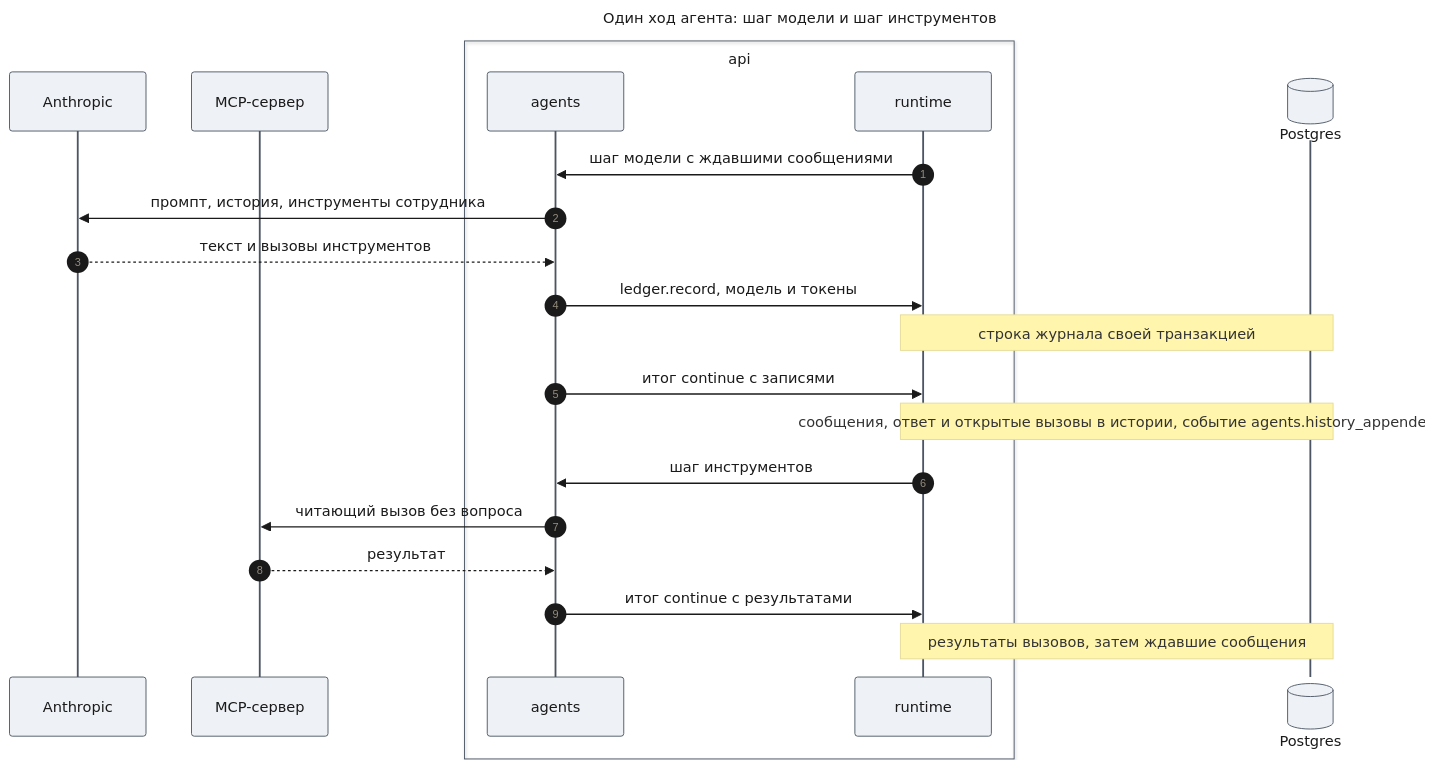
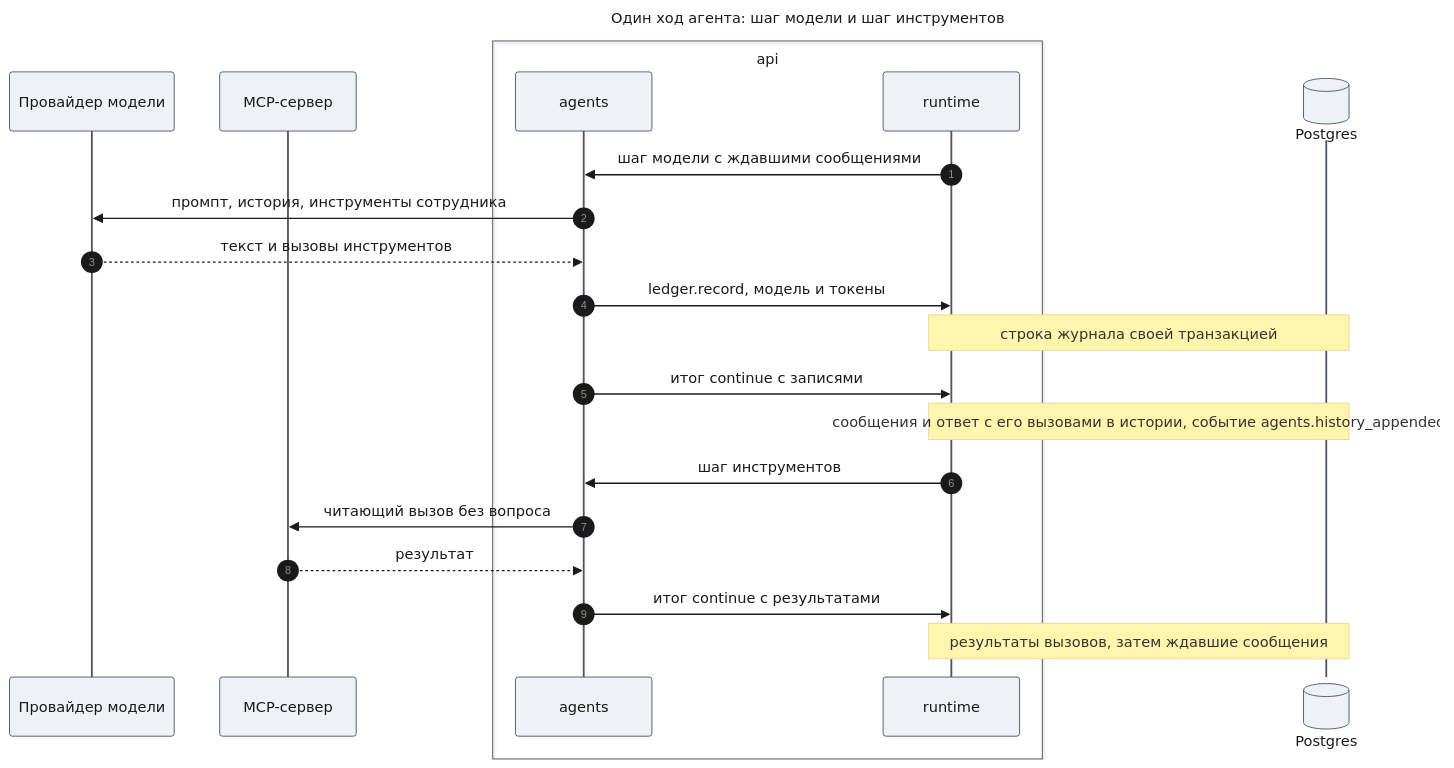
Before and after one commit to tundraray/agent-os: the fourth of 12 diagrams in docs/features/agent-platform/design-agents.md, drawn with Mermaid. The commit also changed other lines of this file and 420 other files, not shown here.

````diff
--- a/docs/features/agent-platform/design-agents.md
+++ b/docs/features/agent-platform/design-agents.md
@@ -328,46 +331,46 @@
 ```mermaid
 ---
 title: "Один ход агента: шаг модели и шаг инструментов"
 config:
   theme: base
   look: classic
   themeVariables:
     primaryColor: "#eef1f5"
     primaryBorderColor: "#4b5563"
     primaryTextColor: "#1a1a1a"
     lineColor: "#6b7280"
   themeCSS: |
     @keyframes lit_ga1{0%,10%{stroke:#991b1b;stroke-width:6px}11.11%,100%{stroke:#37474f;stroke-width:2px}}
     @keyframes litr_ga1{0%,10%{stroke:#1d4ed8;stroke-width:6px}11.11%,100%{stroke:#37474f;stroke-width:2px}}
     .messageLine0[data-id='i1'],.messageLine1[data-id='i1']{animation:litr_ga1 10.8s linear 0s infinite}
     .messageLine0[data-id='i2'],.messageLine1[data-id='i2']{animation:lit_ga1 10.8s linear 1.2s infinite}
     .messageLine0[data-id='i3'],.messageLine1[data-id='i3']{animation:litr_ga1 10.8s linear 2.4s infinite}
     .messageLine0[data-id='i4'],.messageLine1[data-id='i4']{animation:lit_ga1 10.8s linear 3.6s infinite}
     .messageLine0[data-id='i6'],.messageLine1[data-id='i6']{animation:lit_ga1 10.8s linear 4.8s infinite}
     .messageLine0[data-id='i8'],.messageLine1[data-id='i8']{animation:litr_ga1 10.8s linear 6s infinite}
     .messageLine0[data-id='i9'],.messageLine1[data-id='i9']{animation:lit_ga1 10.8s linear 7.2s infinite}
     .messageLine0[data-id='i10'],.messageLine1[data-id='i10']{animation:litr_ga1 10.8s linear 8.4s infinite}
     .messageLine0[data-id='i11'],.messageLine1[data-id='i11']{animation:lit_ga1 10.8s linear 9.6s infinite}
 ---
 sequenceDiagram
     autonumber
-    participant M as Anthropic
+    participant M as Провайдер модели
     participant X as MCP-сервер
     box api
     participant AG as agents
     participant RT as runtime
     end
     participant DB@{ "type": "database" } as Postgres
     RT->>AG: шаг модели с ждавшими сообщениями
     AG->>M: промпт, история, инструменты сотрудника
     M-->>AG: текст и вызовы инструментов
     AG->>RT: ledger.record, модель и токены
     Note over RT,DB: строка журнала своей транзакцией
     AG->>RT: итог continue с записями
-    Note over RT,DB: сообщения, ответ и открытые вызовы в истории, событие agents.history_appended
+    Note over RT,DB: сообщения и ответ с его вызовами в истории, событие agents.history_appended
     RT->>AG: шаг инструментов
     AG->>X: читающий вызов без вопроса
     X-->>AG: результат
     AG->>RT: итог continue с результатами
     Note over RT,DB: результаты вызовов, затем ждавшие сообщения
 ```
````
